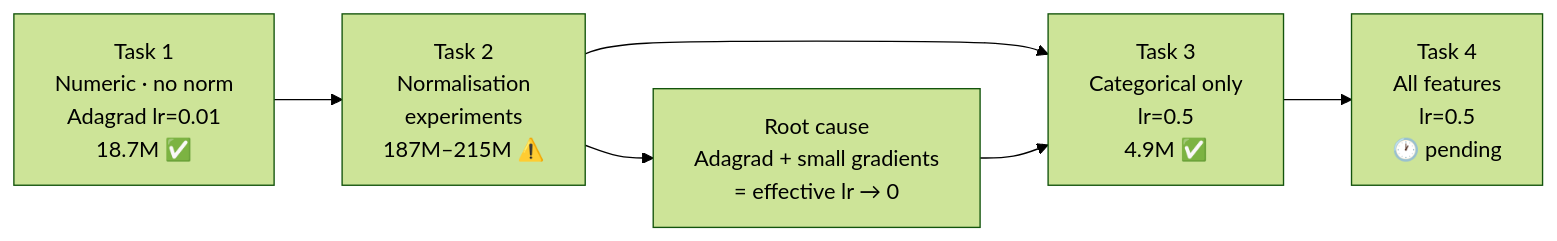
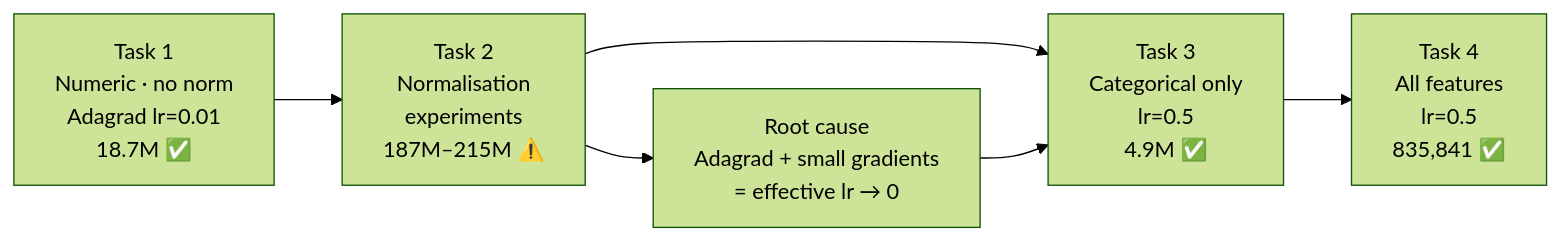
The first of 2 diagrams in 2026-T1/ISY/assignments/Assessment2/ReportDraft.md (lfariabr/masters-swe-ai), drawn with Mermaid (forest theme) before and after one commit. The commit also changed other lines of this file and 4 other files, not shown here.

Commit message:
feat(study-isy503): Assessment 2, task 4 all features combined + written report v2 (Relates #133)

````diff
--- a/2026-T1/ISY/assignments/Assessment2/ReportDraft.md
+++ b/2026-T1/ISY/assignments/Assessment2/ReportDraft.md
@@ -19,8 +19,8 @@
 ```mermaid
 flowchart LR
     T1["Task 1<br>Numeric · no norm<br>Adagrad lr=0.01<br>18.7M ✅"] --> T2["Task 2<br>Normalisation<br>experiments<br>187M–215M ⚠️"]
     T2 --> T3["Task 3<br>Categorical only<br>lr=0.5<br>4.9M ✅"]
-    T3 --> T4["Task 4<br>All features<br>lr=0.5<br>🕐 pending"]
+    T3 --> T4["Task 4<br>All features<br>lr=0.5<br>835,841 ✅"]
     T2 --> ROOT["Root cause<br>Adagrad + small gradients<br>= effective lr → 0"]
     ROOT --> T3
 ```
````
